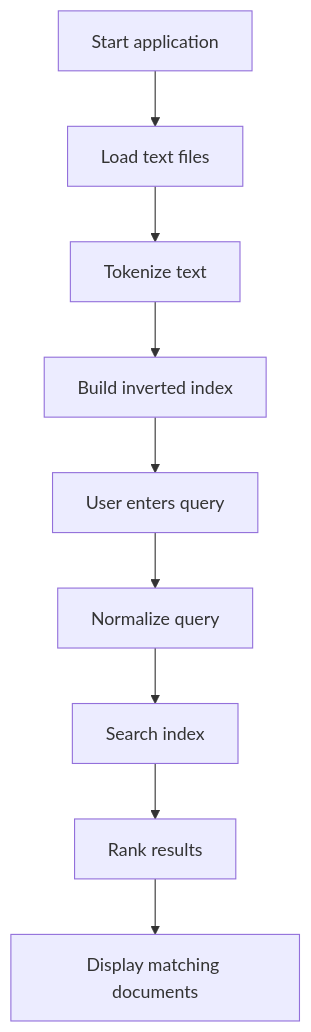
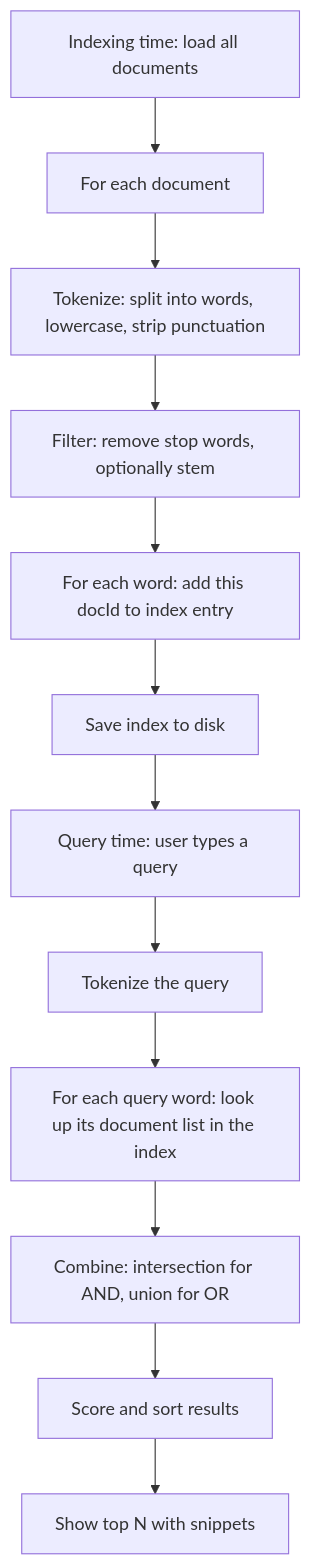
Before and after one commit to rmalkevy/Programming-Practice-Projects: the diagram in labs/lab-15-mini-search-engine.md, drawn with Mermaid. The commit also changed other lines of this file and 2 other files, not shown here.

````diff
--- a/labs/lab-15-mini-search-engine.md
+++ b/labs/lab-15-mini-search-engine.md
@@ -40,11 +50,14 @@
 ```mermaid
 flowchart TD
-    A[Start application] --> B[Load text files]
-    B --> C[Tokenize text]
-    C --> D[Build inverted index]
-    D --> E[User enters query]
-    E --> F[Normalize query]
-    F --> G[Search index]
-    G --> H[Rank results]
-    H --> I[Display matching documents]
+    A[Indexing time: load all documents] --> B[For each document]
+    B --> C[Tokenize: split into words, lowercase, strip punctuation]
+    C --> D[Filter: remove stop words, optionally stem]
+    D --> E[For each word: add this docId to index entry]
+    E --> F[Save index to disk]
+    F --> G[Query time: user types a query]
+    G --> H[Tokenize the query]
+    H --> I[For each query word: look up its document list in the index]
+    I --> J[Combine: intersection for AND, union for OR]
+    J --> K[Score and sort results]
+    K --> L[Show top N with snippets]
 ```
````
